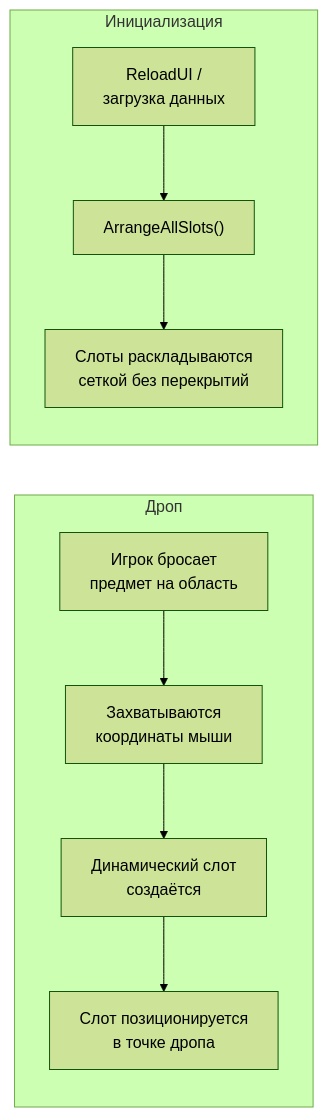
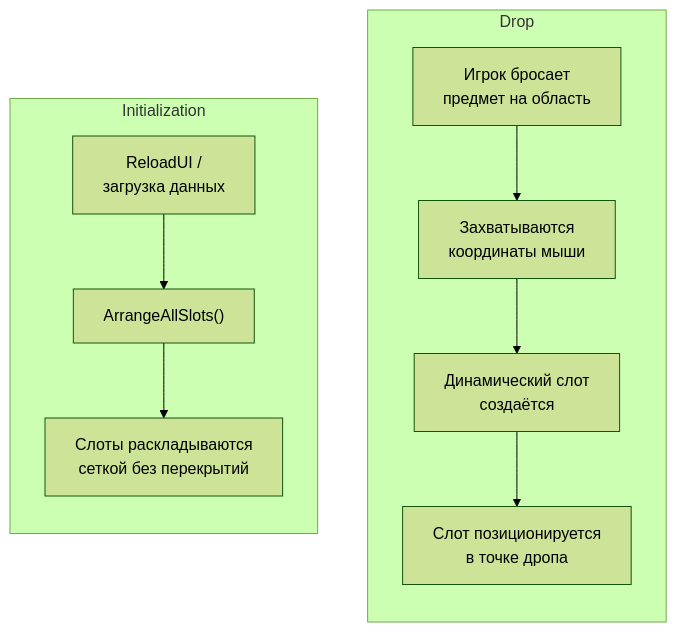
One commit to SergeevSergey99/DragAndDropSystem-Docs changed the first of 2 diagrams in .docs/content/systems/free-form-layout.md. Above: the diagram before and after it, drawn with Mermaid (forest theme). The commit also changed 1 other file, not shown here.

Commit message:
доки

````diff
--- a/.docs/content/systems/free-form-layout.md
+++ b/.docs/content/systems/free-form-layout.md
@@ -9,13 +9,15 @@
 ```mermaid
 flowchart LR
-    subgraph Дроп
+    subgraph Initialization
+        E["ReloadUI /\nзагрузка данных"] --> F["ArrangeAllSlots()"]
+        F --> G["Слоты раскладываются\nсеткой без перекрытий"]
+    end
+
+    subgraph Drop
         A["Игрок бросает\nпредмет на область"] --> B["Захватываются\nкоординаты мыши"]
         B --> C["Динамический слот\nсоздаётся"]
         C --> D["Слот позиционируется\nв точке дропа"]
     end
-
-    subgraph Инициализация
-        E["ReloadUI /\nзагрузка данных"] --> F["ArrangeAllSlots()"]
-        F --> G["Слоты раскладываются\nсеткой без перекрытий"]
-    end
+    
+    Initialization ~~~ Drop
 ```
````
